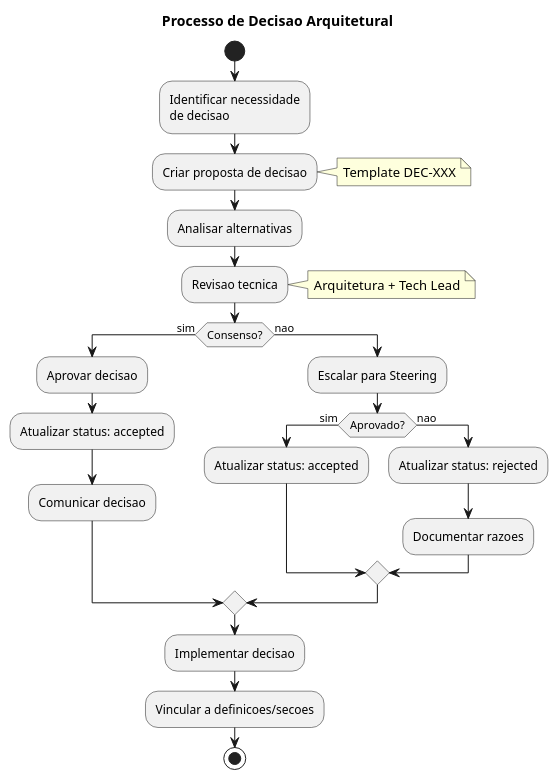
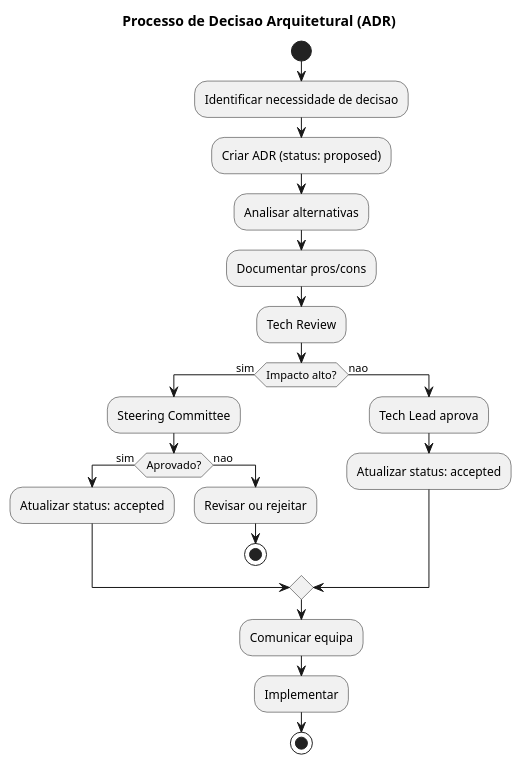
One commit to beduardo/novobanco_website_doc changed the second of 6 diagrams in current/sections/SEC-15-governacao-roadmap.md. Above: the diagram before and after it, drawn with PlantUML. The commit also changed other lines of this file and 17 other files, not shown here.

First line of the commit message:
Atualiza secoes SEC-10 a SEC-15 com conteudo das definicoes

````diff
--- a/current/sections/SEC-15-governacao-roadmap.md
+++ b/current/sections/SEC-15-governacao-roadmap.md
@@ -107,39 +98,33 @@
 ```plantuml
 @startuml
 skinparam backgroundColor white
 
-title Processo de Decisao Arquitetural
+title Processo de Decisao Arquitetural (ADR)
 
 start
-
-:Identificar necessidade\nde decisao;
-
-:Criar proposta de decisao;
-note right: Template DEC-XXX
+:Identificar necessidade de decisao;
+:Criar ADR (status: proposed);
 
 :Analisar alternativas;
+:Documentar pros/cons;
 
-:Revisao tecnica;
-note right: Arquitetura + Tech Lead
-
-if (Consenso?) then (sim)
-  :Aprovar decisao;
-  :Atualizar status: accepted;
-  :Comunicar decisao;
+:Tech Review;
+if (Impacto alto?) then (sim)
+    :Steering Committee;
+    if (Aprovado?) then (sim)
+        :Atualizar status: accepted;
+    else (nao)
+        :Revisar ou rejeitar;
+        stop
+    endif
 else (nao)
-  :Escalar para Steering;
-  if (Aprovado?) then (sim)
+    :Tech Lead aprova;
     :Atualizar status: accepted;
-  else (nao)
-    :Atualizar status: rejected;
-    :Documentar razoes;
-  endif
 endif
 
-:Implementar decisao;
-:Vincular a definicoes/secoes;
-
+:Comunicar equipa;
+:Implementar;
 stop
 
 @enduml
 ```
````
